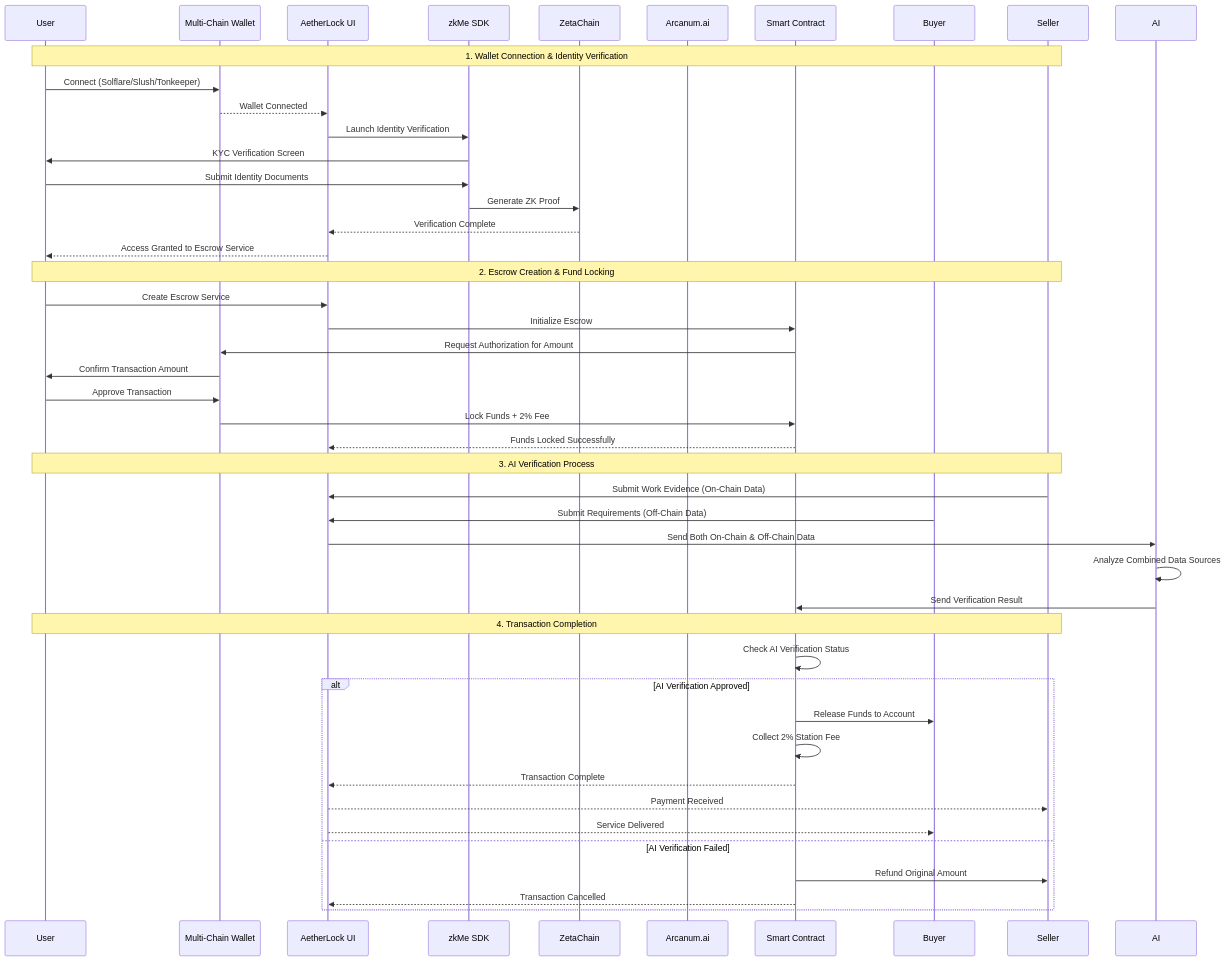
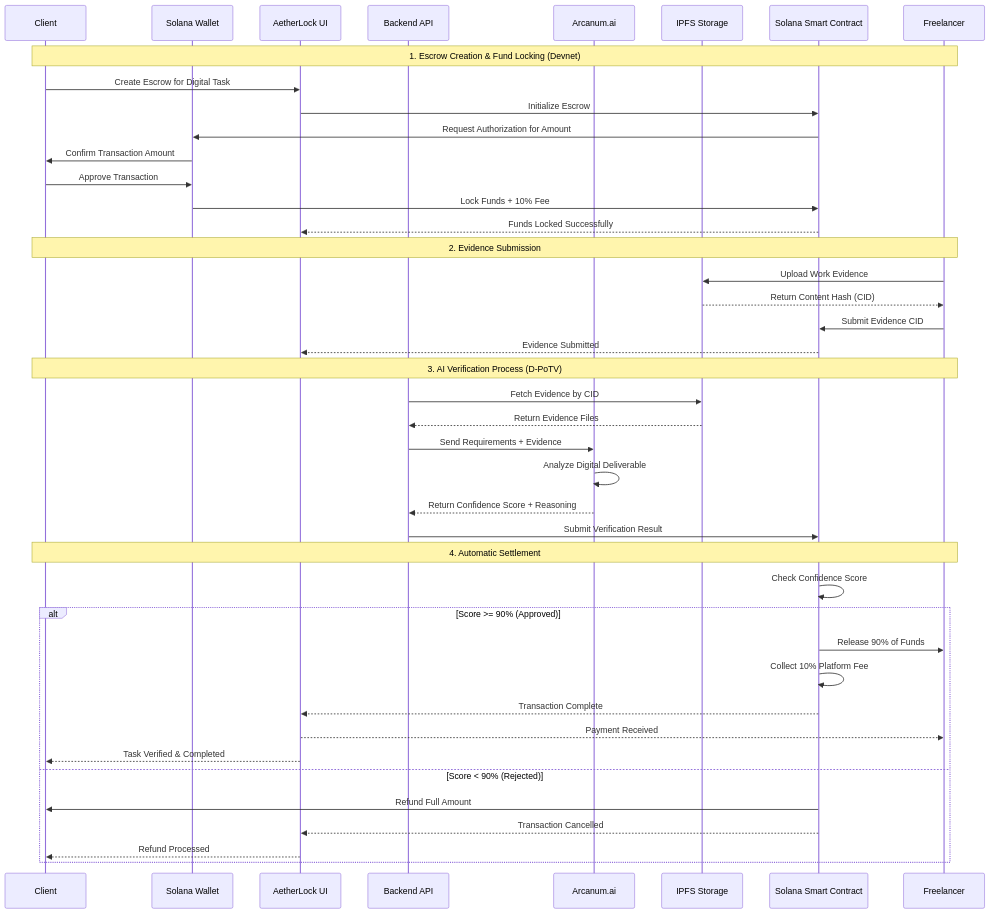
Before and after one commit to De-real-iManuel/aetherlock-docs: the second of 3 diagrams in index.mdx, drawn with Mermaid. The commit also changed other lines of this file and 144 other files, not shown here.

````diff
--- a/index.mdx
+++ b/index.mdx
@@ -68,51 +110,48 @@
 ```mermaid
 sequenceDiagram
-    participant User
-    participant Wallet as Multi-Chain Wallet
+    participant Client
+    participant Wallet as Solana Wallet
     participant UI as AetherLock UI
-    participant zkMe as zkMe SDK
-    participant ZetaChain
-    participant Arcanum.ai
-    participant Contract as Smart Contract
-    participant Buyer
-    participant Seller
+    participant API as Backend API
+    participant AI as Arcanum.ai
+    participant IPFS as IPFS Storage
+    participant Contract as Solana Smart Contract
+    participant Freelancer
 
-    Note over User,Seller: 1. Wallet Connection & Identity Verification
-    User->>Wallet: Connect (Solflare/Slush/Tonkeeper)
-    Wallet-->>UI: Wallet Connected
-    UI->>zkMe: Launch Identity Verification
-    zkMe->>User: KYC Verification Screen
-    User->>zkMe: Submit Identity Documents
-    zkMe->>ZetaChain: Generate ZK Proof
-    ZetaChain-->>UI: Verification Complete
-    UI-->>User: Access Granted to Escrow Service
-
-    Note over User,Seller: 2. Escrow Creation & Fund Locking
-    User->>UI: Create Escrow Service
+    Note over Client,Freelancer: 1. Escrow Creation & Fund Locking (Devnet)
+    Client->>UI: Create Escrow for Digital Task
     UI->>Contract: Initialize Escrow
     Contract->>Wallet: Request Authorization for Amount
-    Wallet->>User: Confirm Transaction Amount
-    User->>Wallet: Approve Transaction
-    Wallet->>Contract: Lock Funds + 2% Fee
+    Wallet->>Client: Confirm Transaction Amount
+    Client->>Wallet: Approve Transaction
+    Wallet->>Contract: Lock Funds + 10% Fee
     Contract-->>UI: Funds Locked Successfully
 
-    Note over User,Seller: 3. AI Verification Process
-    Seller->>UI: Submit Work Evidence (On-Chain Data)
-    Buyer->>UI: Submit Requirements (Off-Chain Data)
-    UI->>AI: Send Both On-Chain & Off-Chain Data
-    AI->>AI: Analyze Combined Data Sources
-    AI->>Contract: Send Verification Result
+    Note over Client,Freelancer: 2. Evidence Submission
+    Freelancer->>IPFS: Upload Work Evidence
+    IPFS-->>Freelancer: Return Content Hash (CID)
+    Freelancer->>Contract: Submit Evidence CID
+    Contract-->>UI: Evidence Submitted
+
+    Note over Client,Freelancer: 3. AI Verification Process (D-PoTV)
+    API->>IPFS: Fetch Evidence by CID
+    IPFS-->>API: Return Evidence Files
+    API->>AI: Send Requirements + Evidence
+    AI->>AI: Analyze Digital Deliverable
+    AI-->>API: Return Confidence Score + Reasoning
+    API->>Contract: Submit Verification Result
     
-    Note over User,Seller: 4. Transaction Completion
-    Contract->>Contract: Check AI Verification Status
-    alt AI Verification Approved
-        Contract->>Buyer: Release Funds to Account
-        Contract->>Contract: Collect 2% Station Fee
+    Note over Client,Freelancer: 4. Automatic Settlement
+    Contract->>Contract: Check Confidence Score
+    alt Score >= 90% (Approved)
+        Contract->>Freelancer: Release 90% of Funds
+        Contract->>Contract: Collect 10% Platform Fee
         Contract-->>UI: Transaction Complete
-        UI-->>Seller: Payment Received
-        UI-->>Buyer: Service Delivered
-    else AI Verification Failed
-        Contract->>Seller: Refund Original Amount
+        UI-->>Freelancer: Payment Received
+        UI-->>Client: Task Verified & Completed
+    else Score < 90% (Rejected)
+        Contract->>Client: Refund Full Amount
         Contract-->>UI: Transaction Cancelled
+        UI-->>Client: Refund Processed
     end
 ```
````
